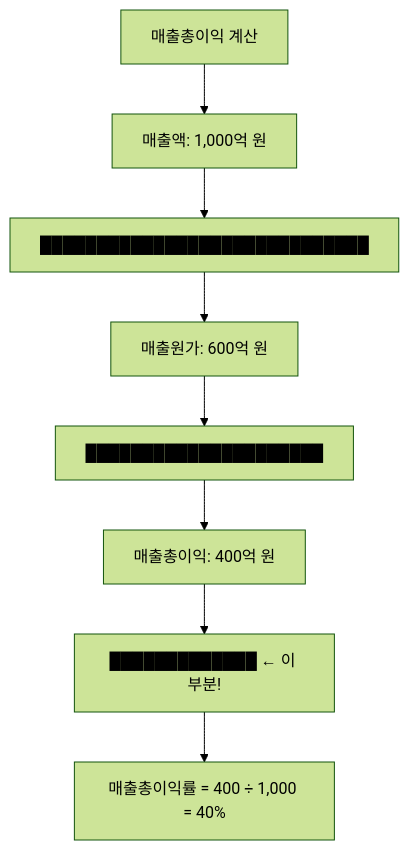
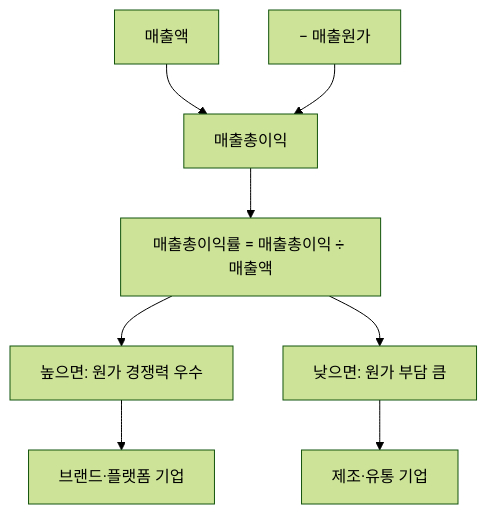
Before and after one commit to yeongseon/stock-visual-note: the diagram in content/stock-terms/ko/level-03-financial-statements/gross-profit.md, drawn with Mermaid (forest theme). The commit also changed other lines of this file and 96 other files, not shown here.

Commit message:
Rewrite all 98 remaining articles: branching Mermaid diagrams, natural search_intent, compelling seo_titles, clean descriptions

````diff
--- a/content/stock-terms/ko/level-03-financial-statements/gross-profit.md
+++ b/content/stock-terms/ko/level-03-financial-statements/gross-profit.md
@@ -53,18 +53,11 @@
 ```mermaid
 graph TD
-    A0["매출총이익 계산"]
-    A1["매출액: 1,000억 원"]
-    A2["█████████████████████████████"]
-    A3["매출원가: 600억 원"]
-    A4["█████████████████████"]
-    A5["매출총이익: 400억 원"]
-    A6["█████████████ ← 이 부분!"]
-    A7["매출총이익률 = 400 ÷ 1,000 = 40%"]
-    A0 --> A1
-    A1 --> A2
-    A2 --> A3
-    A3 --> A4
-    A4 --> A5
-    A5 --> A6
-    A6 --> A7
+    A["매출총이익"]
+    B["매출액"] --> A
+    C["− 매출원가"] --> A
+    A --> D["매출총이익률 = 매출총이익 ÷ 매출액"]
+    D --> E["높으면: 원가 경쟁력 우수"]
+    D --> F["낮으면: 원가 부담 큼"]
+    E --> G["브랜드·플랫폼 기업"]
+    F --> H["제조·유통 기업"]
 ```
````
